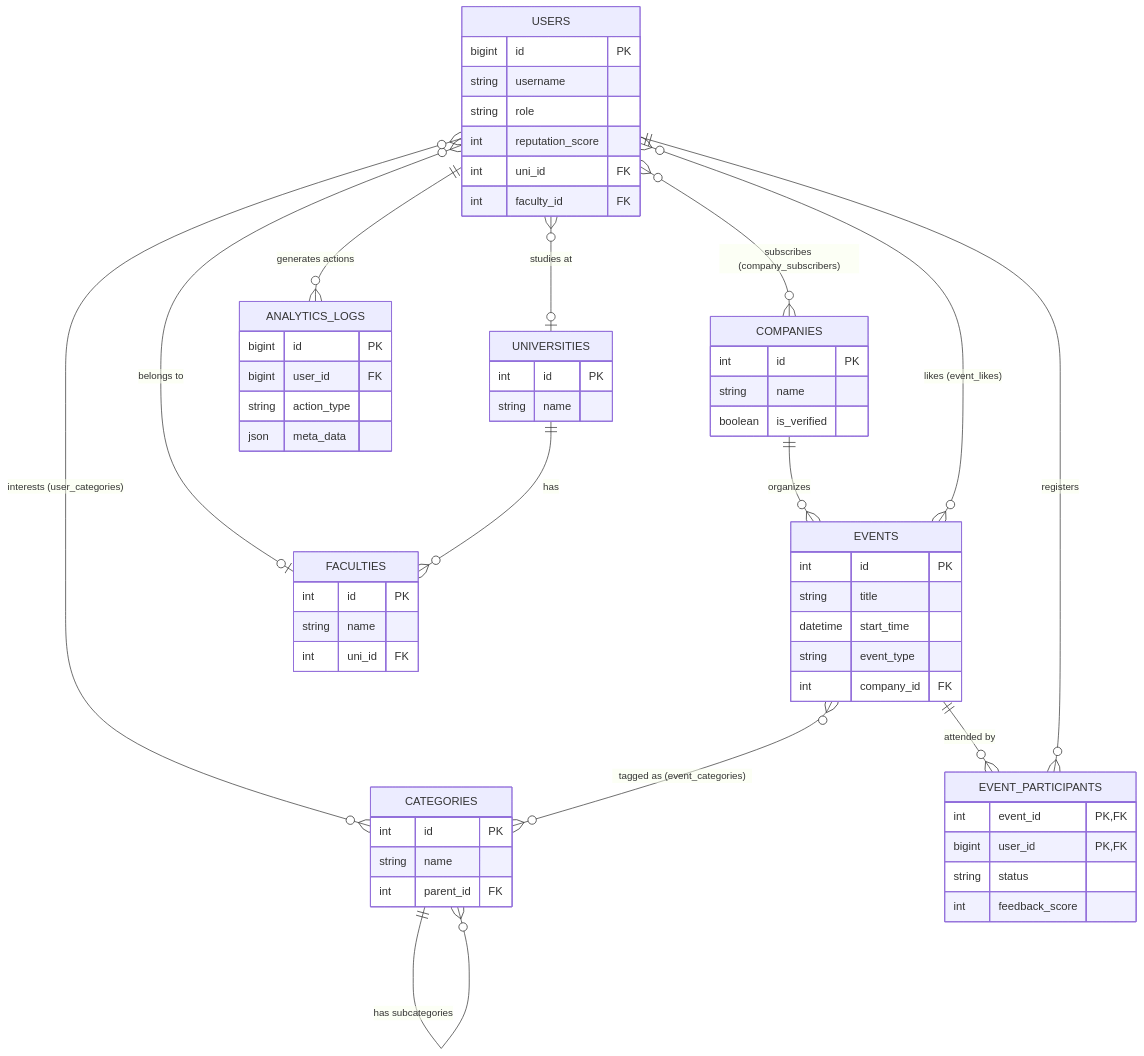
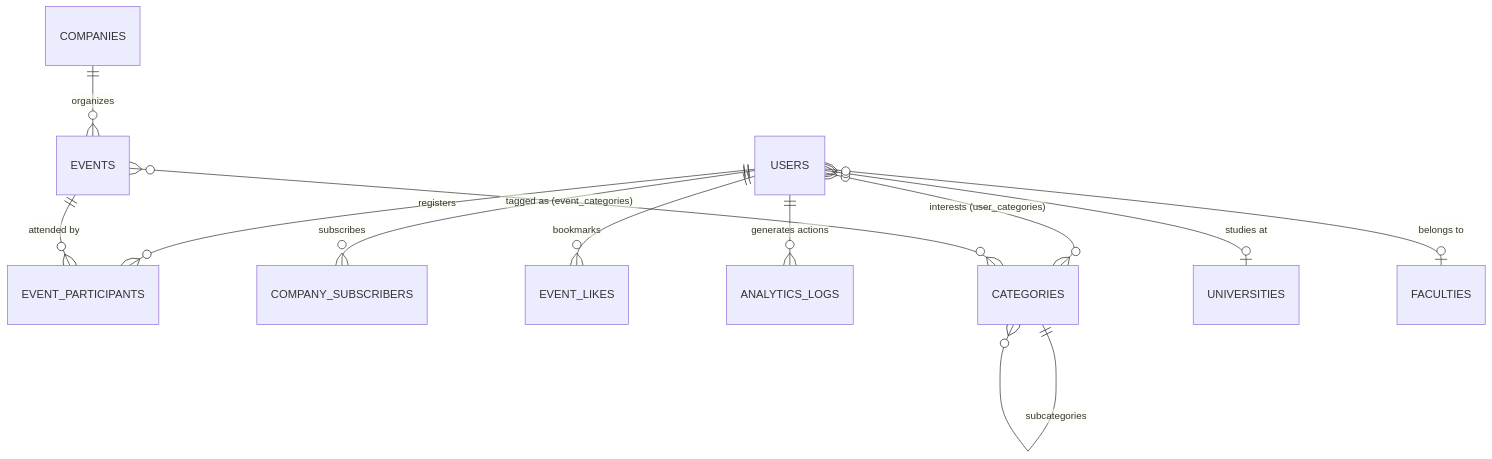
The fifth of 5 diagrams in README.md (ethnosOFF/product-portfolio), drawn with Mermaid before and after one commit. The commit also changed other lines of this file, not shown here.

````diff
--- a/README.md
+++ b/README.md
@@ -35,78 +369,15 @@
 ```mermaid
 erDiagram
-    %% CORE ENTITIES
-    USERS {
-        bigint id PK
-        string username
-        string role
-        int reputation_score
-        int uni_id FK
-        int faculty_id FK
-    }
-    
-    EVENTS {
-        int id PK
-        string title
-        datetime start_time
-        string event_type
-        int company_id FK
-    }
-    
-    COMPANIES {
-        int id PK
-        string name
-        boolean is_verified
-    }
-    
-    CATEGORIES {
-        int id PK
-        string name
-        int parent_id FK
-    }
-    
-    UNIVERSITIES {
-        int id PK
-        string name
-    }
-    
-    FACULTIES {
-        int id PK
-        string name
-        int uni_id FK
-    }
-
-    %% RELATIONSHIPS (Transactions & Logs)
-    EVENT_PARTICIPANTS {
-        int event_id PK, FK
-        bigint user_id PK, FK
-        string status
-        int feedback_score
-    }
-    
-    ANALYTICS_LOGS {
-        bigint id PK
-        bigint user_id FK
-        string action_type
-        json meta_data
-    }
-
-    %% DEFINING MISSING RELATIONSHIPS
+    USERS ||--o{ EVENT_PARTICIPANTS : "registers"
+    USERS ||--o{ COMPANY_SUBSCRIBERS : "subscribes"
+    USERS ||--o{ EVENT_LIKES : "bookmarks"
+    USERS ||--o{ ANALYTICS_LOGS : "generates actions"
+    USERS }o--o{ CATEGORIES : "interests (user_categories)"
     USERS }o--o| UNIVERSITIES : "studies at"
     USERS }o--o| FACULTIES : "belongs to"
-    UNIVERSITIES ||--o{ FACULTIES : "has"
 
     COMPANIES ||--o{ EVENTS : "organizes"
-    
     EVENTS ||--o{ EVENT_PARTICIPANTS : "attended by"
-    USERS ||--o{ EVENT_PARTICIPANTS : "registers"
-    
-    USERS ||--o{ ANALYTICS_LOGS : "generates actions"
-    
-    CATEGORIES ||--o{ CATEGORIES : "has subcategories"
-
-    %% MANY-TO-MANY (Implicitly shown for readability)
-    USERS }o--o{ CATEGORIES : "interests (user_categories)"
     EVENTS }o--o{ CATEGORIES : "tagged as (event_categories)"
-    USERS }o--o{ COMPANIES : "subscribes (company_subscribers)"
-    USERS }o--o{ EVENTS : "likes (event_likes)"
+    CATEGORIES ||--o{ CATEGORIES : "subcategories"
 ```
````
